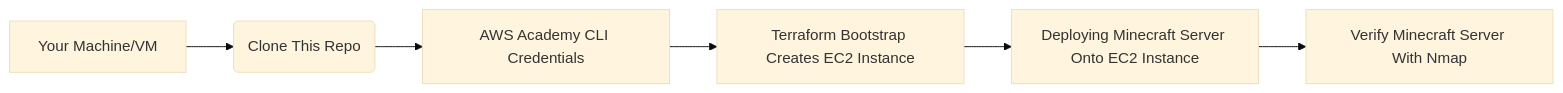
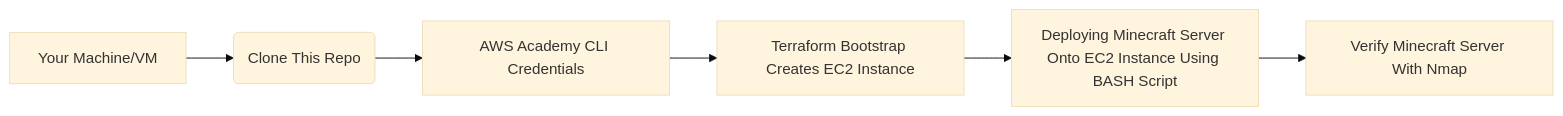
One commit to Angela0wu0/CS312-Project2 changed the diagram in README.md. Above: the diagram before and after it, drawn with Mermaid (base theme). The commit also changed other lines of this file, not shown here.

````diff
--- a/README.md
+++ b/README.md
@@ -10,8 +35,8 @@
 ```mermaid
 graph LR
     A[Your Machine/VM] --> B(Clone This Repo)
     B --> C[AWS Academy CLI Credentials]
     C --> D[Terraform Bootstrap Creates EC2 Instance]
-    D --> E[Deploying Minecraft Server Onto EC2 Instance]
+    D --> E[Deploying Minecraft Server Onto EC2 Instance Using BASH Script]
     E --> F[Verify Minecraft Server With Nmap]
 ```
````
